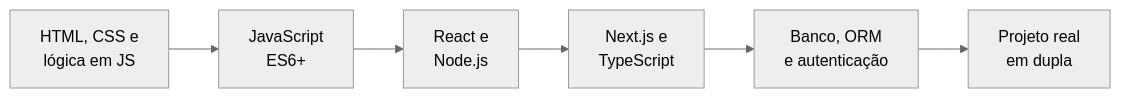
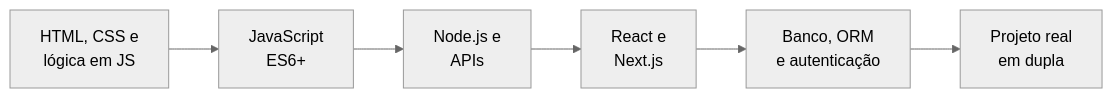
Before and after one commit to renanbarrostech-cmd/renanbarrostech-cmd: the first of 14 diagrams in README.md, drawn with Mermaid (neutral theme). The commit also changed other lines of this file and 31 other files, not shown here.

````diff
--- a/README.md
+++ b/README.md
@@ -89,4 +104,4 @@
 ```mermaid
 flowchart LR
-    A[HTML, CSS e<br/>lógica em JS] --> B[JavaScript<br/>ES6+] --> C[React e<br/>Node.js] --> D[Next.js e<br/>TypeScript] --> E[Banco, ORM<br/>e autenticação] --> F[Projeto real<br/>em dupla]
+    A[HTML, CSS e<br/>lógica em JS] --> B[JavaScript<br/>ES6+] --> C[Node.js e<br/>APIs] --> D[React e<br/>Next.js] --> E[Banco, ORM<br/>e autenticação] --> F[Projeto real<br/>em dupla]
 ```
````
